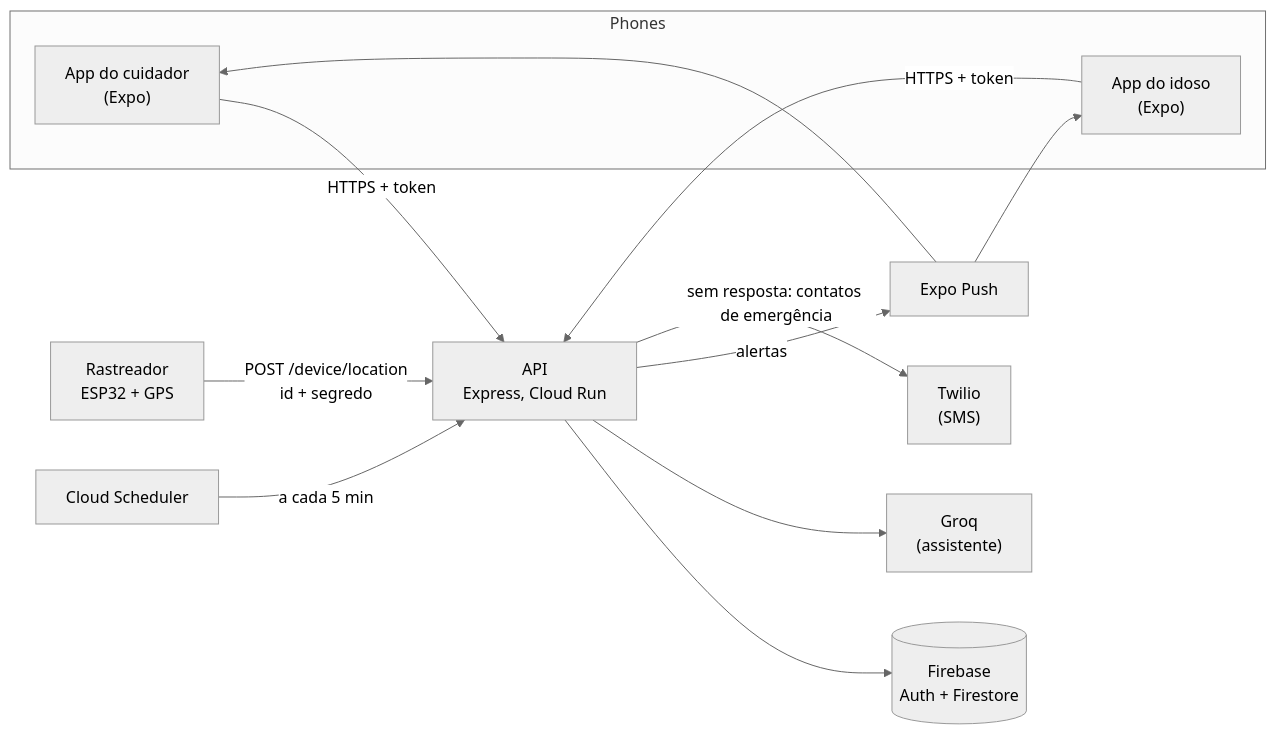
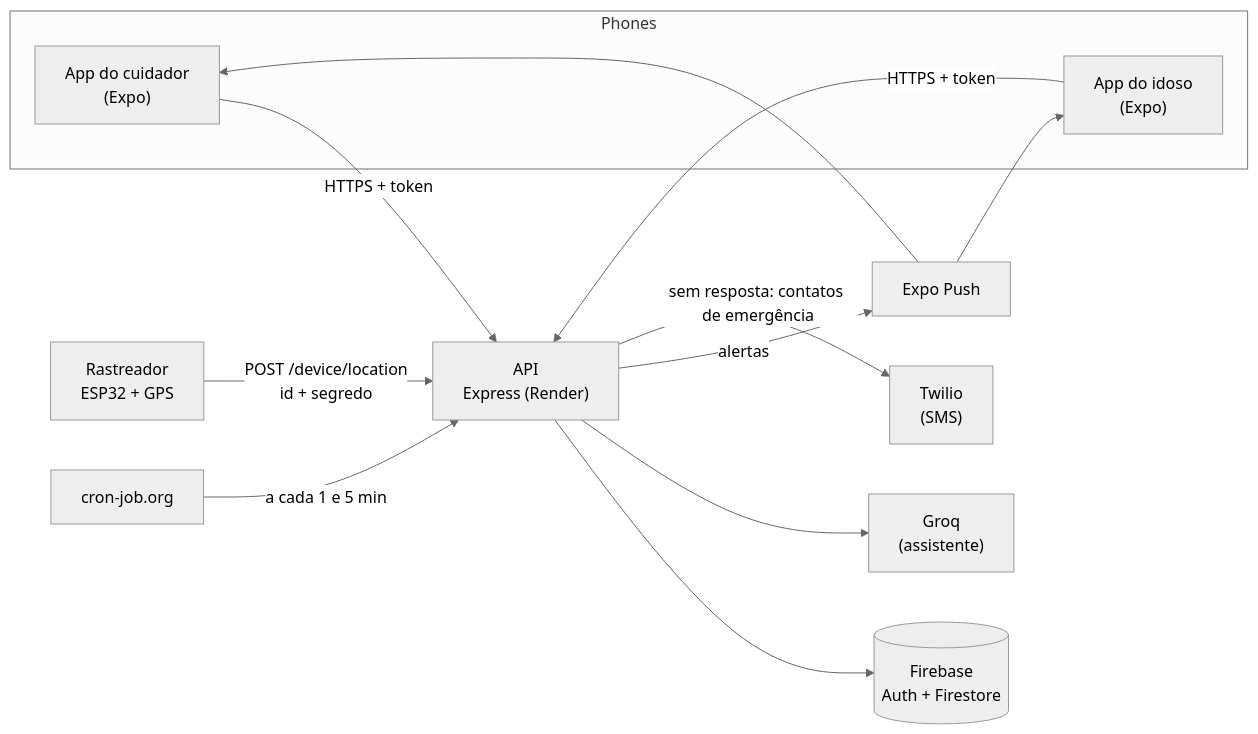
The diagram in README.md (ThiagoLMattos/aurelia-tcc), drawn with Mermaid (neutral theme) before and after one commit. The commit also changed other lines of this file and 15 other files, not shown here.

First line of the commit message:
feat: deploy the API for free on Render, with a text map fallback on Android

````diff
--- a/README.md
+++ b/README.md
@@ -25,25 +25,25 @@
 ```mermaid
 flowchart LR
   subgraph Phones
     C["App do cuidador<br/>(Expo)"]
     E["App do idoso<br/>(Expo)"]
   end
   T["Rastreador<br/>ESP32 + GPS"]
-  API["API<br/>Express, Cloud Run"]
+  API["API<br/>Express (Render)"]
   FB[("Firebase<br/>Auth + Firestore")]
   LLM["Groq<br/>(assistente)"]
   PUSH["Expo Push"]
   SMS["Twilio<br/>(SMS)"]
-  SCH["Cloud Scheduler"]
+  SCH["cron-job.org"]
 
   C -- "HTTPS + token" --> API
   E -- "HTTPS + token" --> API
   T -- "POST /device/location<br/>id + segredo" --> API
   API --> FB
   API --> LLM
   API -- "alertas" --> PUSH
   PUSH --> C
   PUSH --> E
   API -- "sem resposta: contatos de emergência" --> SMS
-  SCH -- "a cada 5 min" --> API
+  SCH -- "a cada 1 e 5 min" --> API
 ```
````
